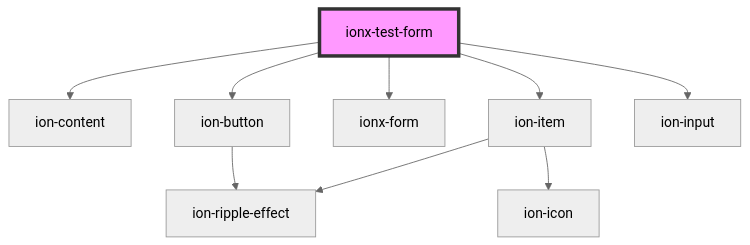
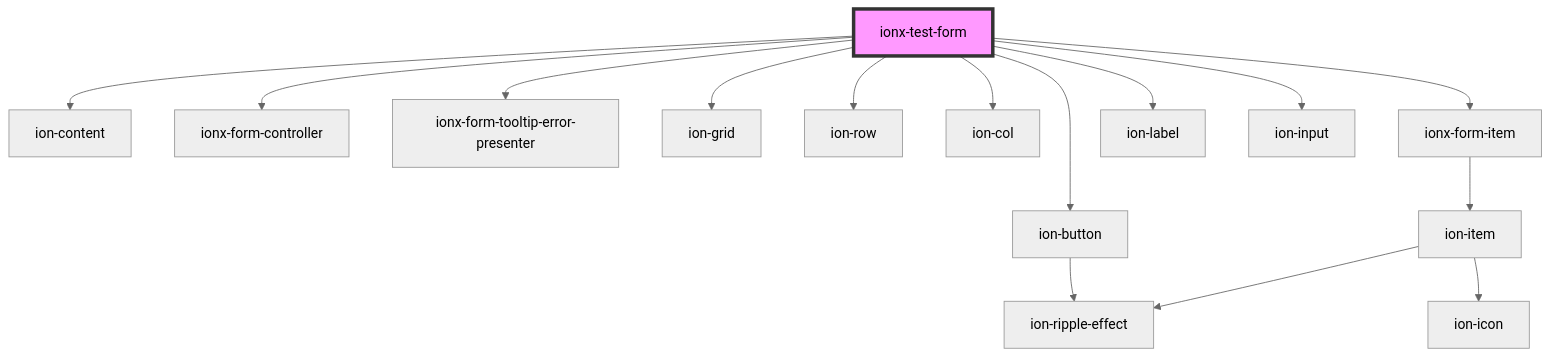
The diagram in src/test/components/forms/readme.md (co-mmons/ionx), drawn with Mermaid (neutral theme) before and after one commit. The commit also changed other lines of this file and 18 other files, not shown here.

````diff
--- a/src/test/components/forms/readme.md
+++ b/src/test/components/forms/readme.md
@@ -19,12 +24,18 @@
 ```mermaid
 graph TD;
   ionx-test-form --> ion-content
   ionx-test-form --> ion-button
-  ionx-test-form --> ionx-form
-  ionx-test-form --> ion-item
+  ionx-test-form --> ionx-form-controller
+  ionx-test-form --> ionx-form-tooltip-error-presenter
+  ionx-test-form --> ion-grid
+  ionx-test-form --> ion-row
+  ionx-test-form --> ion-col
+  ionx-test-form --> ionx-form-item
+  ionx-test-form --> ion-label
   ionx-test-form --> ion-input
   ion-button --> ion-ripple-effect
+  ionx-form-item --> ion-item
   ion-item --> ion-icon
   ion-item --> ion-ripple-effect
   style ionx-test-form fill:#f9f,stroke:#333,stroke-width:4px
 ```
````
